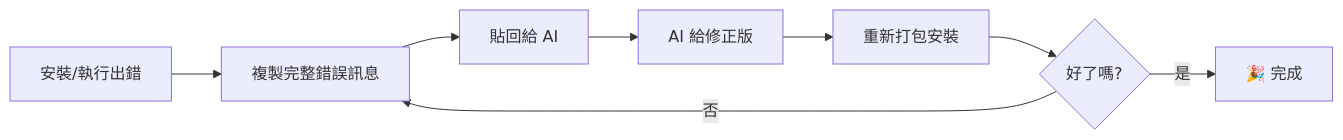
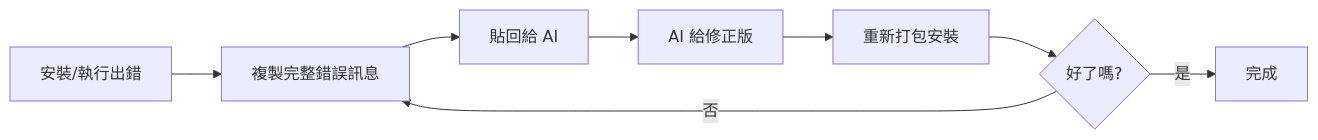
The third of 3 diagrams in slides/2026/moe-camp/wordpress-workshop/day3/slides.md (eric0324/slides), drawn with Mermaid before and after one commit. The commit also changed other lines of this file, not shown here.

````diff
--- a/slides/2026/moe-camp/wordpress-workshop/day3/slides.md
+++ b/slides/2026/moe-camp/wordpress-workshop/day3/slides.md
@@ -1392,6 +1022,6 @@
 ```mermaid
 graph LR
 A[安裝/執行出錯] --> B[複製完整錯誤訊息] --> C[貼回給 AI] --> D[AI 給修正版] --> E[重新打包安裝] --> F{好了嗎?}
 F -->|否| B
-F -->|是| G[🎉 完成]
+F -->|是| G[完成]
 ```
````
